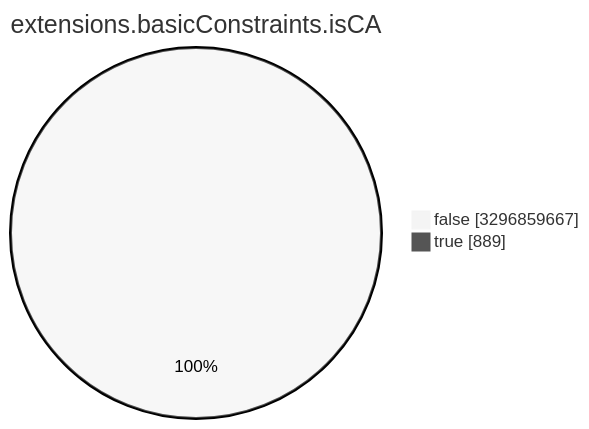
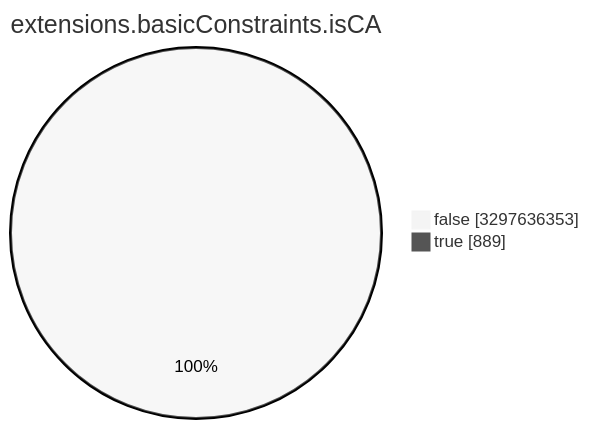
Before and after one commit to christiankrug/ctmonitor_visualization: the seventh of 15 diagrams in TOTAL/README.md, drawn with Mermaid (neutral theme). The commit also changed other lines of this file, not shown here.

````diff
--- a/TOTAL/README.md
+++ b/TOTAL/README.md
@@ -3089,6 +3089,6 @@
 ```mermaid
 pie showData
 title extensions.basicConstraints.isCA
-"false" :3296859667
+"false" :3297636353
 "true" :889
 ```
````
